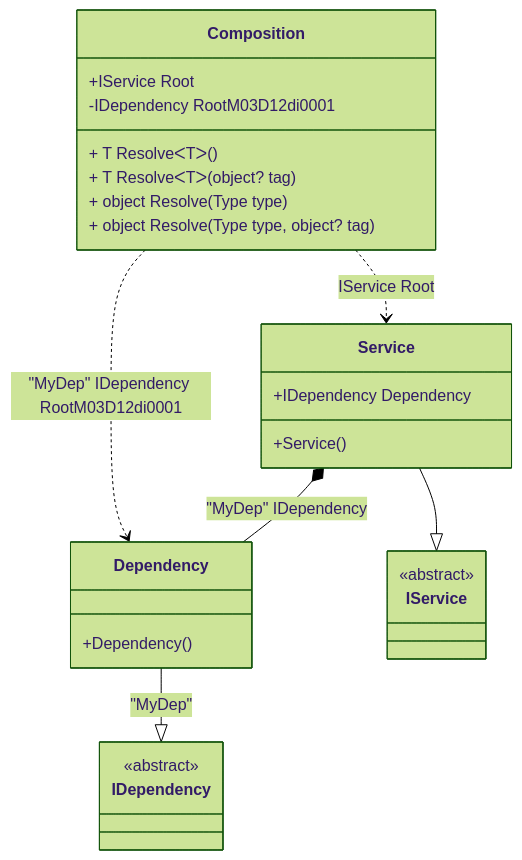
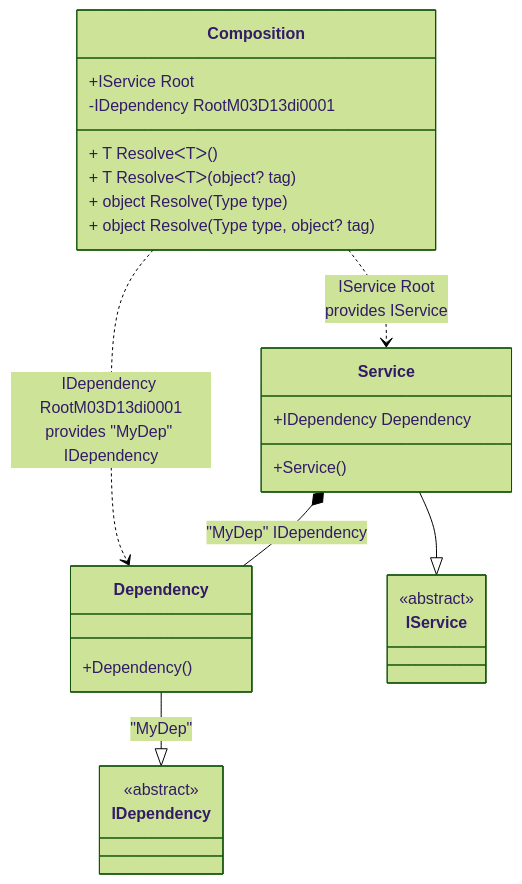
The diagram in readme/check-for-a-root.md (DevTeam/Pure.DI), drawn with Mermaid (forest theme) before and after one commit. The commit also changed other lines of this file and 73 other files, not shown here.

````diff
--- a/readme/check-for-a-root.md
+++ b/readme/check-for-a-root.md
@@ -63,29 +63,29 @@
 ```mermaid
 classDiagram
   class Composition {
     +IService Root
-    -IDependency RootM03D12di0001
+    -IDependency RootM03D13di0001
     + T ResolveᐸTᐳ()
     + T ResolveᐸTᐳ(object? tag)
     + object Resolve(Type type)
     + object Resolve(Type type, object? tag)
   }
   Dependency --|> IDependency : "MyDep" 
   class Dependency {
     +Dependency()
   }
   Service --|> IService : 
   class Service {
     +Service()
     +IDependency Dependency
   }
   class IDependency {
     <<abstract>>
   }
   class IService {
     <<abstract>>
   }
   Service *--  Dependency : "MyDep"  IDependency
-  Composition ..> Dependency : "MyDep" IDependency RootM03D12di0001
-  Composition ..> Service : IService Root
+  Composition ..> Dependency : IDependency RootM03D13di0001<br/>provides "MyDep" IDependency
+  Composition ..> Service : IService Root<br/>provides IService
 ```
````
